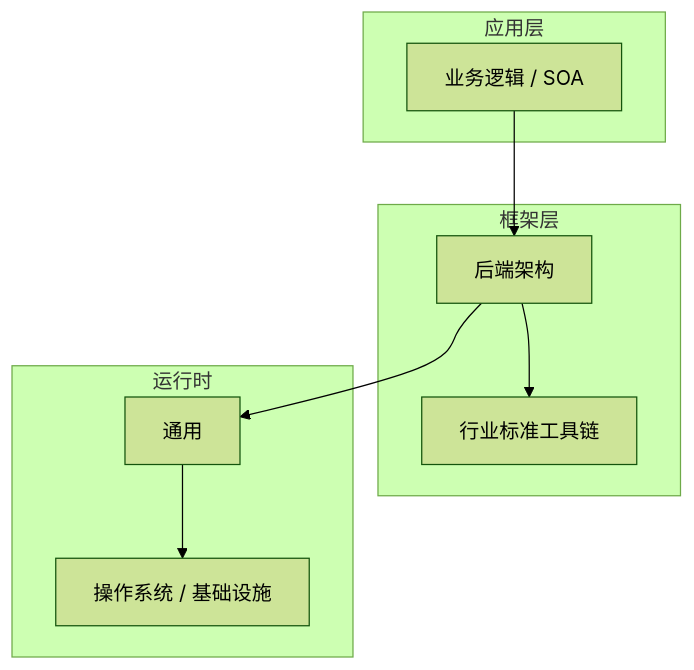
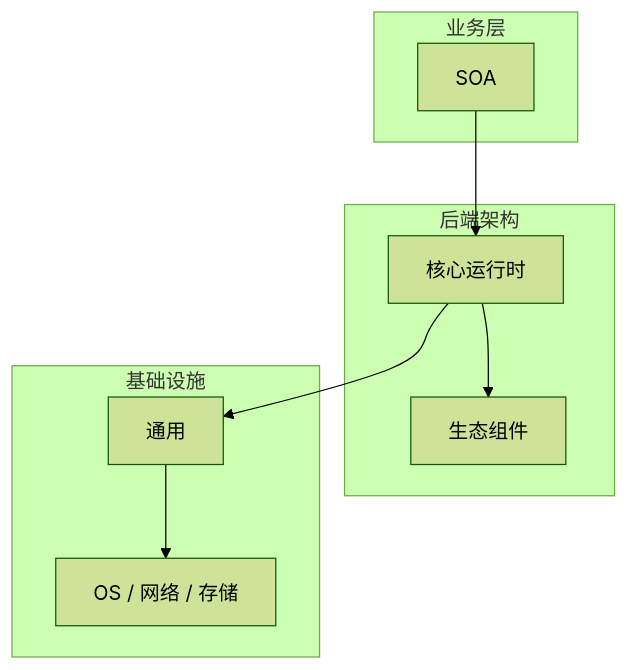
Before and after one commit to yanggan2015/knowledge-json-v2: the diagram in articles/后端架构/chapters/030-SOA核心概念与原理.md, drawn with Mermaid (forest theme). The commit also changed other lines of this file and 10127 other files, not shown here.

````diff
--- a/articles/后端架构/chapters/030-SOA核心概念与原理.md
+++ b/articles/后端架构/chapters/030-SOA核心概念与原理.md
@@ -45,18 +34,18 @@
 ```mermaid
 graph TB
-    subgraph 应用层
-        A[业务逻辑 / SOA]
+    subgraph 业务层
+        A[SOA]
     end
-    subgraph 框架层
-        B[后端架构]
-        C[行业标准工具链]
+    subgraph 后端架构
+        B[核心运行时]
+        C[生态组件]
     end
-    subgraph 运行时
+    subgraph 基础设施
         D[通用]
-        E[操作系统 / 基础设施]
+        E[OS / 网络 / 存储]
     end
     A --> B
     B --> C
     B --> D
     D --> E
 ```
````
